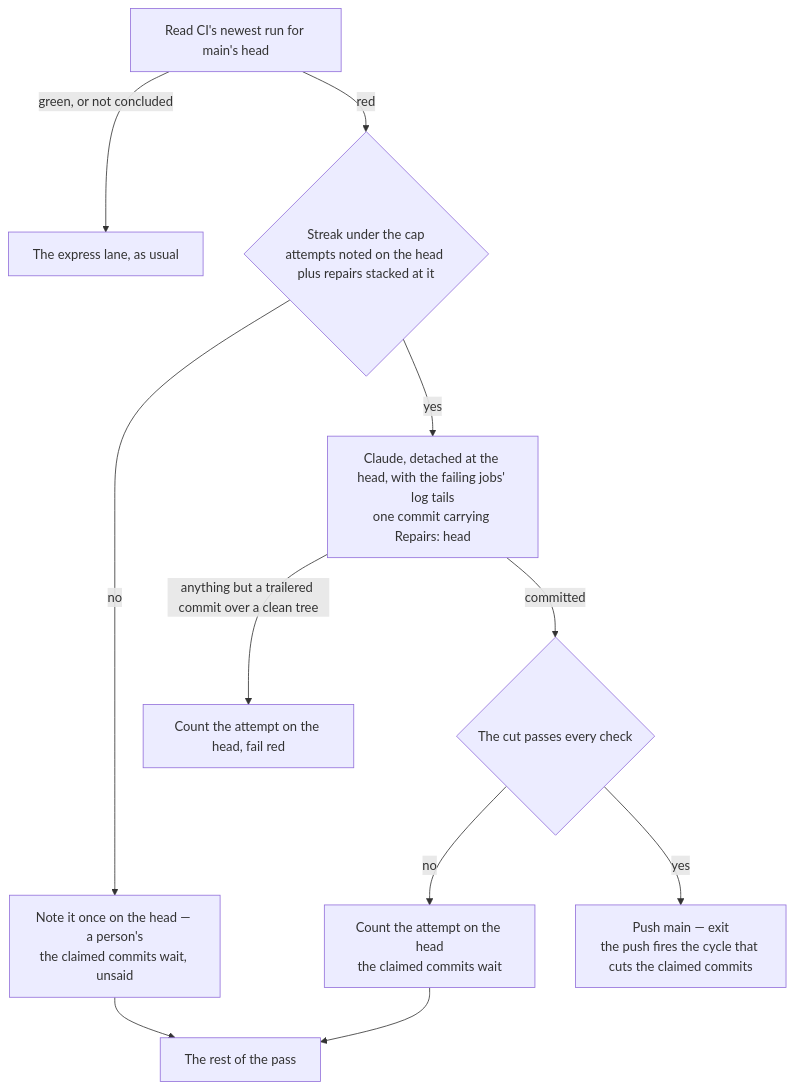
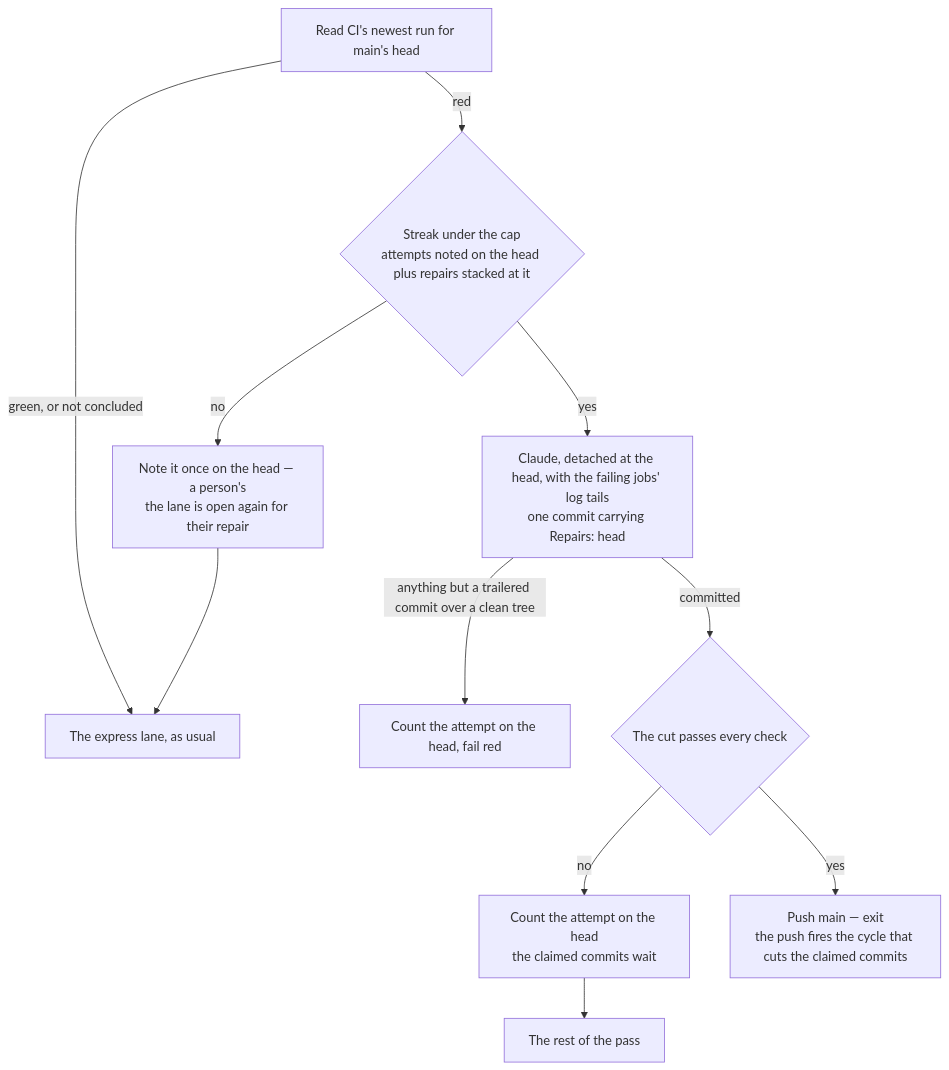
The diagram in apps/web/content/docs/infra/review-collector/repair.md (Esposter/Esposter), drawn with Mermaid before and after one commit. The commit also changed other lines of this file and 6 other files, not shown here.

````diff
--- a/apps/web/content/docs/infra/review-collector/repair.md
+++ b/apps/web/content/docs/infra/review-collector/repair.md
@@ -12,11 +12,11 @@
 ```mermaid
 flowchart TD
   R[Read CI's newest run for main's head] -->|green, or not concluded| L[The express lane, as usual]
   R -->|red| S{Streak under the cap<br/>attempts noted on the head plus repairs stacked at it}
-  S -->|no| P[Note it once on the head — a person's<br/>the claimed commits wait, unsaid] --> L2[The rest of the pass]
+  S -->|no| P[Note it once on the head — a person's<br/>the lane is open again for their repair] --> L
   S -->|yes| C[Claude, detached at the head, with the failing jobs' log tails<br/>one commit carrying Repairs: head]
   C -->|anything but a trailered commit over a clean tree| F[Count the attempt on the head, fail red]
   C -->|committed| V{The cut passes every check}
-  V -->|no| N[Count the attempt on the head<br/>the claimed commits wait] --> L2
+  V -->|no| N[Count the attempt on the head<br/>the claimed commits wait] --> L2[The rest of the pass]
   V -->|yes| PU[Push main — exit<br/>the push fires the cycle that cuts the claimed commits]
 ```
````
